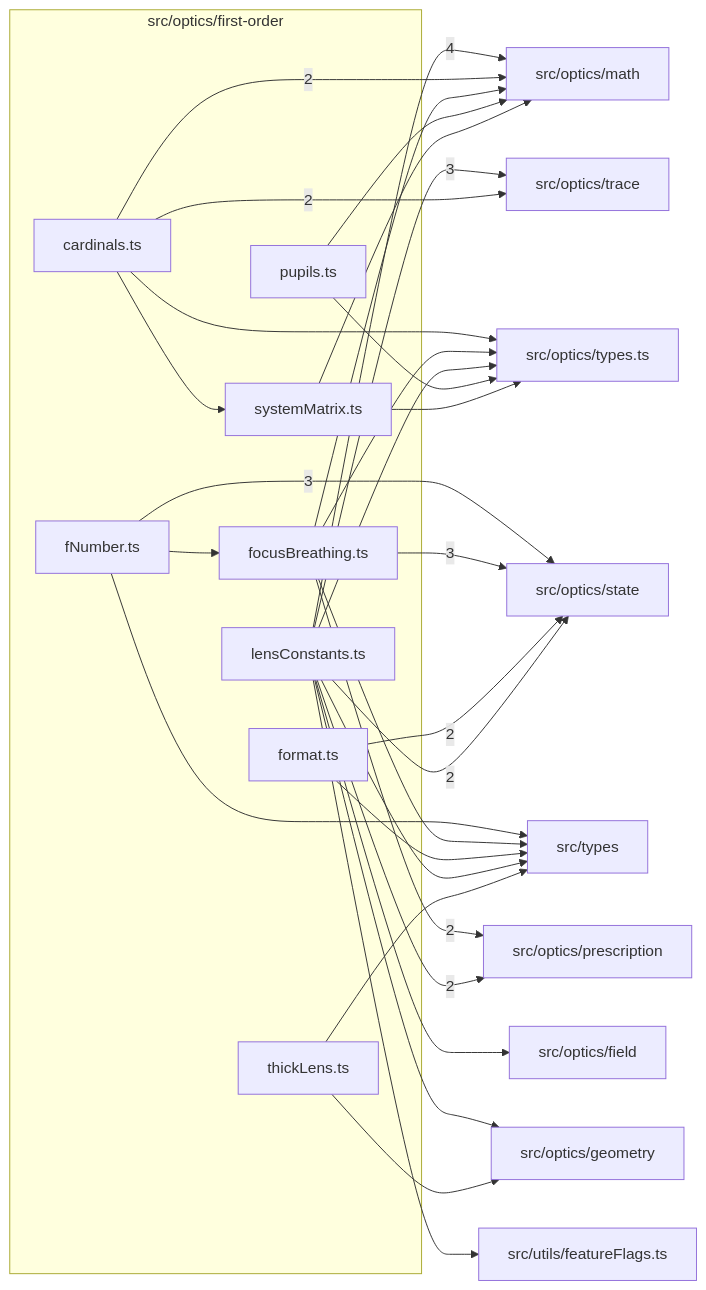
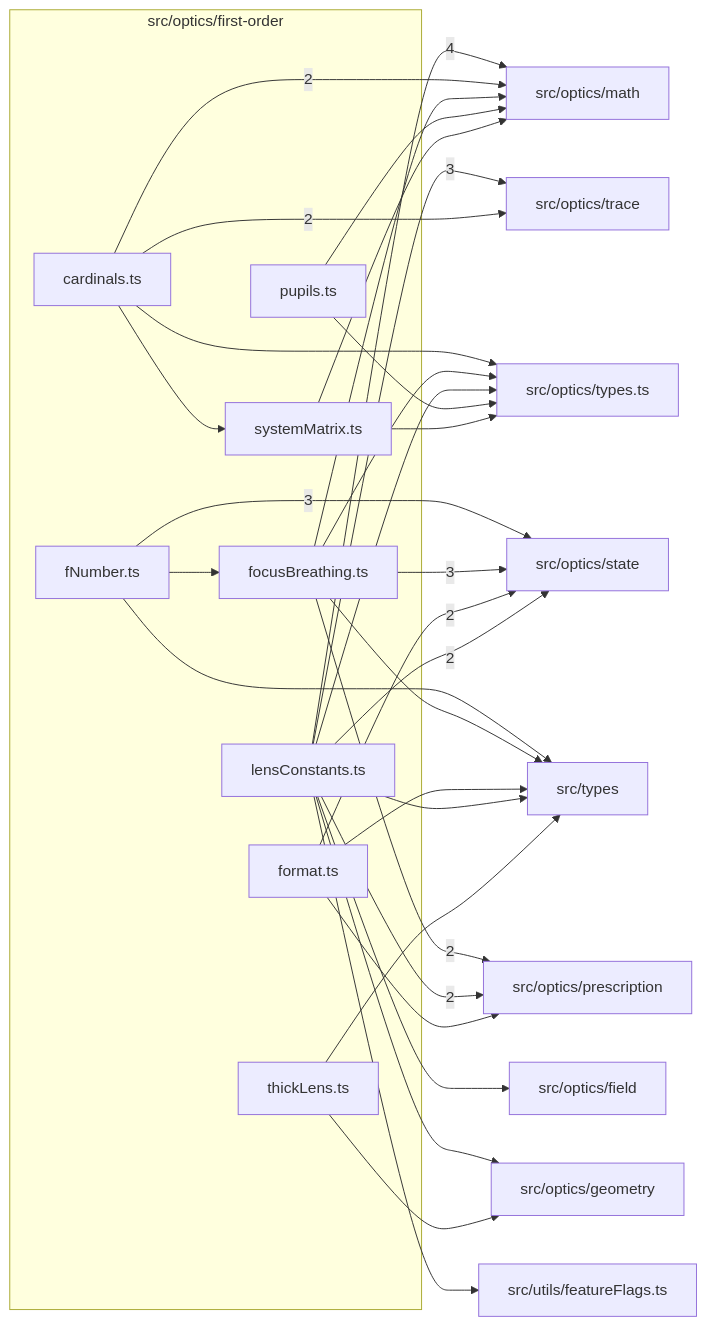
Before and after one commit to ronbuening/LensVisualizer: the diagram in src/optics/first-order/readme.md, drawn with Mermaid. The commit also changed other lines of this file and 162 other files, not shown here.

````diff
--- a/src/optics/first-order/readme.md
+++ b/src/optics/first-order/readme.md
@@ -9,51 +9,52 @@
 ```mermaid
 flowchart LR
   subgraph n_src_optics_first_order["src/optics/first-order"]
     n_src_optics_first_order_src_optics_first_order_cardinals_ts["cardinals.ts"]
     n_src_optics_first_order_src_optics_first_order_fNumber_ts["fNumber.ts"]
     n_src_optics_first_order_src_optics_first_order_focusBreathing_ts["focusBreathing.ts"]
     n_src_optics_first_order_src_optics_first_order_format_ts["format.ts"]
     n_src_optics_first_order_src_optics_first_order_lensConstants_ts["lensConstants.ts"]
     n_src_optics_first_order_src_optics_first_order_pupils_ts["pupils.ts"]
     n_src_optics_first_order_src_optics_first_order_systemMatrix_ts["systemMatrix.ts"]
     n_src_optics_first_order_src_optics_first_order_thickLens_ts["thickLens.ts"]
   end
   n_external_src_optics_math["src/optics/math"]
   n_external_src_optics_state["src/optics/state"]
   n_external_src_optics_trace["src/optics/trace"]
   n_external_src_optics_prescription["src/optics/prescription"]
   n_external_src_optics_field["src/optics/field"]
   n_external_src_optics_geometry["src/optics/geometry"]
   n_external_src_optics_types_ts["src/optics/types.ts"]
   n_external_src_types["src/types"]
   n_external_src_utils_featureFlags_ts["src/utils/featureFlags.ts"]
   n_src_optics_first_order_src_optics_first_order_lensConstants_ts --> |4| n_external_src_optics_math
   n_src_optics_first_order_src_optics_first_order_fNumber_ts --> |3| n_external_src_optics_state
   n_src_optics_first_order_src_optics_first_order_focusBreathing_ts --> |3| n_external_src_optics_state
   n_src_optics_first_order_src_optics_first_order_lensConstants_ts --> |3| n_external_src_optics_trace
   n_src_optics_first_order_src_optics_first_order_cardinals_ts --> |2| n_external_src_optics_math
   n_src_optics_first_order_src_optics_first_order_focusBreathing_ts --> |2| n_external_src_optics_prescription
   n_src_optics_first_order_src_optics_first_order_lensConstants_ts --> |2| n_external_src_optics_prescription
   n_src_optics_first_order_src_optics_first_order_format_ts --> |2| n_external_src_optics_state
   n_src_optics_first_order_src_optics_first_order_lensConstants_ts --> |2| n_external_src_optics_state
   n_src_optics_first_order_src_optics_first_order_cardinals_ts --> |2| n_external_src_optics_trace
   n_src_optics_first_order_src_optics_first_order_lensConstants_ts --> n_external_src_optics_field
   n_src_optics_first_order_src_optics_first_order_lensConstants_ts --> n_external_src_optics_geometry
   n_src_optics_first_order_src_optics_first_order_thickLens_ts --> n_external_src_optics_geometry
   n_src_optics_first_order_src_optics_first_order_focusBreathing_ts --> n_external_src_optics_math
   n_src_optics_first_order_src_optics_first_order_pupils_ts --> n_external_src_optics_math
   n_src_optics_first_order_src_optics_first_order_systemMatrix_ts --> n_external_src_optics_math
+  n_src_optics_first_order_src_optics_first_order_format_ts --> n_external_src_optics_prescription
   n_src_optics_first_order_src_optics_first_order_cardinals_ts --> n_external_src_optics_types_ts
   n_src_optics_first_order_src_optics_first_order_focusBreathing_ts --> n_external_src_optics_types_ts
   n_src_optics_first_order_src_optics_first_order_lensConstants_ts --> n_external_src_optics_types_ts
   n_src_optics_first_order_src_optics_first_order_pupils_ts --> n_external_src_optics_types_ts
   n_src_optics_first_order_src_optics_first_order_systemMatrix_ts --> n_external_src_optics_types_ts
   n_src_optics_first_order_src_optics_first_order_fNumber_ts --> n_external_src_types
   n_src_optics_first_order_src_optics_first_order_focusBreathing_ts --> n_external_src_types
   n_src_optics_first_order_src_optics_first_order_format_ts --> n_external_src_types
   n_src_optics_first_order_src_optics_first_order_lensConstants_ts --> n_external_src_types
   n_src_optics_first_order_src_optics_first_order_thickLens_ts --> n_external_src_types
   n_src_optics_first_order_src_optics_first_order_lensConstants_ts --> n_external_src_utils_featureFlags_ts
   n_src_optics_first_order_src_optics_first_order_fNumber_ts --> n_src_optics_first_order_src_optics_first_order_focusBreathing_ts
   n_src_optics_first_order_src_optics_first_order_cardinals_ts --> n_src_optics_first_order_src_optics_first_order_systemMatrix_ts
 ```
````
